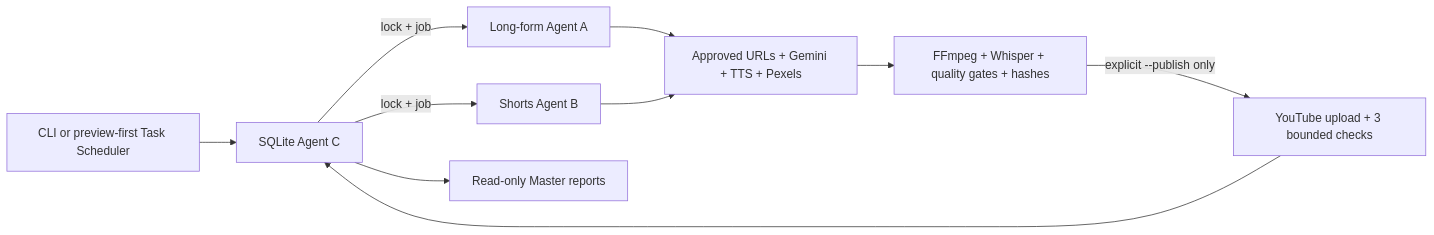
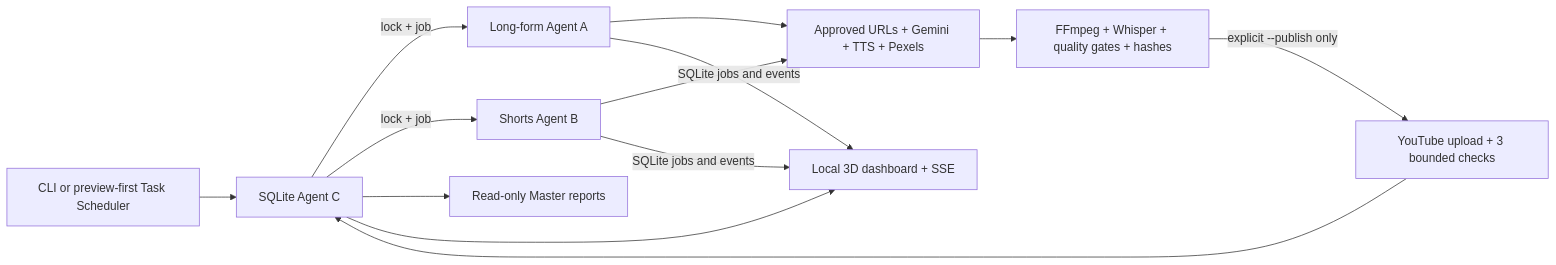
Before and after one commit to kdgohil01/ai_orchestration: the first of 2 diagrams in README.md, drawn with Mermaid. The commit also changed other lines of this file and 16 other files, not shown here.

Commit message:
feat: add live local agent dashboard

````diff
--- a/README.md
+++ b/README.md
@@ -41,11 +42,13 @@
 ```mermaid
 flowchart LR
     S[CLI or preview-first Task Scheduler] --> C[SQLite Agent C]
     C -->|lock + job| A[Long-form Agent A]
     C -->|lock + job| B[Shorts Agent B]
     A & B --> R[Approved URLs + Gemini + TTS + Pexels]
     R --> V[FFmpeg + Whisper + quality gates + hashes]
     V -->|explicit --publish only| Y[YouTube upload + 3 bounded checks]
     Y --> C
     C --> M[Read-only Master reports]
+    C --> D[Local 3D dashboard + SSE]
+    A & B -->|SQLite jobs and events| D
 ```
````
